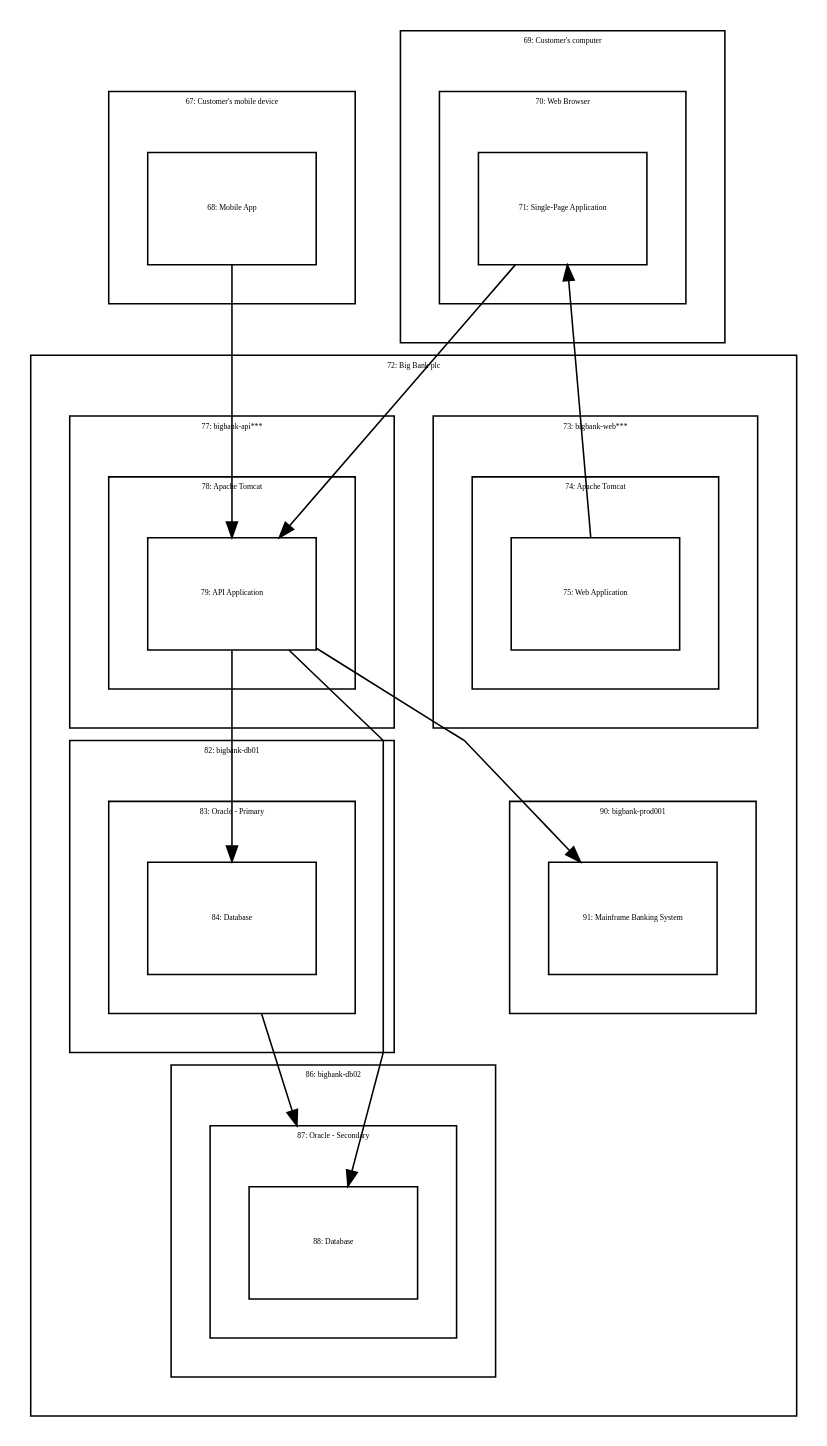
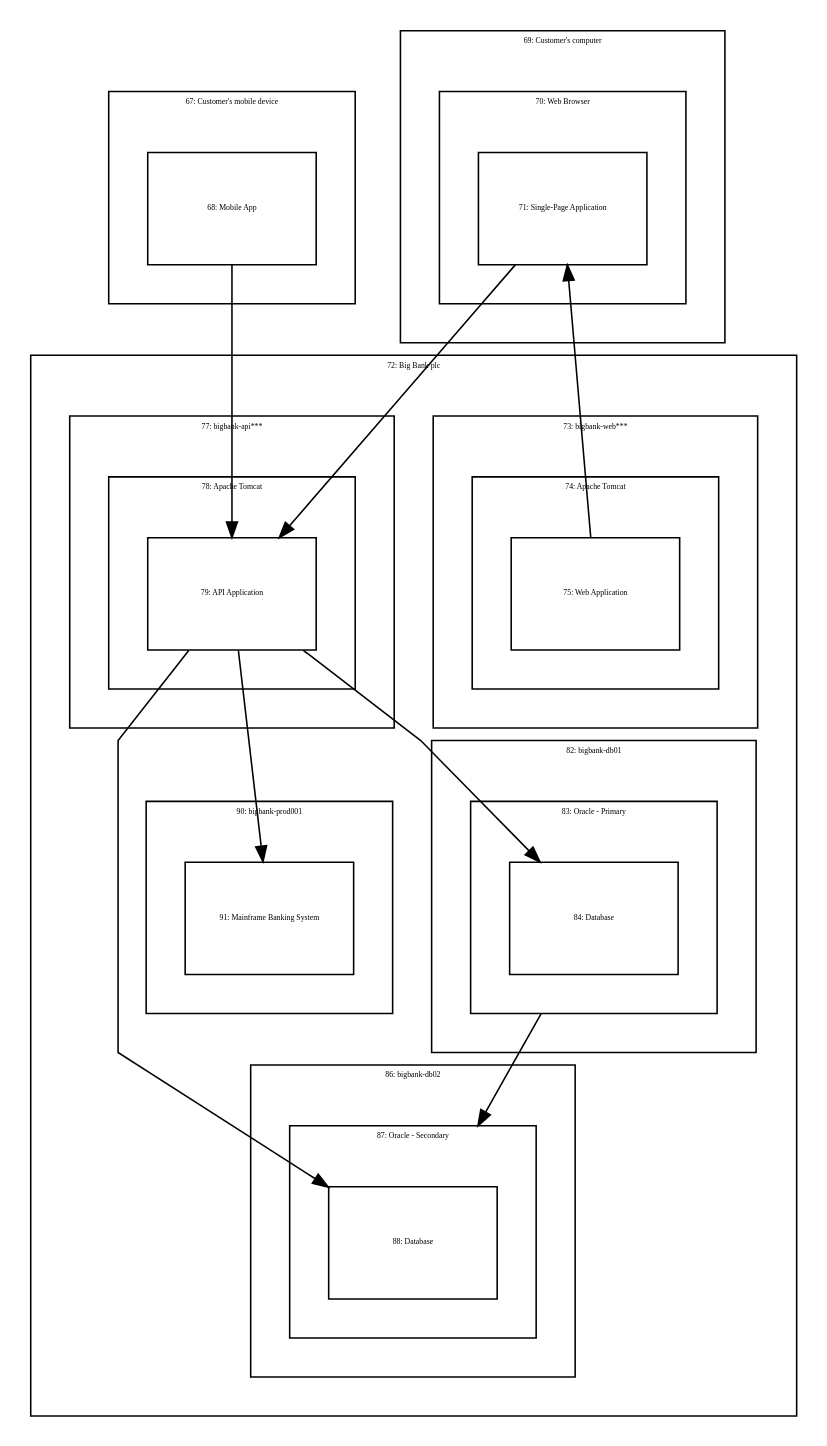
One commit to dwhelan/c4-big-bank-plc changed the diagram in graphviz/LiveDeployment.dot. Above: the diagram before and after it, drawn with Graphviz. The commit also changed 15 other files, not shown here.

```diff
--- a/graphviz/LiveDeployment.dot
+++ b/graphviz/LiveDeployment.dot
@@ -1,74 +1,74 @@
 digraph {
   compound=true
   graph [splines=polyline,rankdir=TB,ranksep=1.0,nodesep=1.0,fontsize=5]
   node [shape=box,fontsize=5]
   edge []
 
 subgraph cluster_67 {
   margin=25
   label="67: Customer's mobile device"
   68 [width=1.500000,height=1.000000,fixedsize=true,id=68,label="68: Mobile App"]
 }
 subgraph cluster_69 {
   margin=25
   label="69: Customer's computer"
   subgraph cluster_70 {
     margin=25
     label="70: Web Browser"
     71 [width=1.500000,height=1.000000,fixedsize=true,id=71,label="71: Single-Page Application"]
   }
 }
 subgraph cluster_72 {
   margin=25
   label="72: Big Bank plc"
+  subgraph cluster_86 {
+    margin=25
+    label="86: bigbank-db02"
+    subgraph cluster_87 {
+      margin=25
+      label="87: Oracle - Secondary"
+      88 [width=1.500000,height=1.000000,fixedsize=true,id=88,label="88: Database"]
+    }
+  }
   subgraph cluster_77 {
     margin=25
     label="77: bigbank-api***"
     subgraph cluster_78 {
       margin=25
       label="78: Apache Tomcat"
       79 [width=1.500000,height=1.000000,fixedsize=true,id=79,label="79: API Application"]
     }
   }
+  subgraph cluster_90 {
+    margin=25
+    label="90: bigbank-prod001"
+    91 [width=1.500000,height=1.000000,fixedsize=true,id=91,label="91: Mainframe Banking System"]
+  }
   subgraph cluster_82 {
     margin=25
     label="82: bigbank-db01"
     subgraph cluster_83 {
       margin=25
       label="83: Oracle - Primary"
       84 [width=1.500000,height=1.000000,fixedsize=true,id=84,label="84: Database"]
     }
-  }
-  subgraph cluster_86 {
-    margin=25
-    label="86: bigbank-db02"
-    subgraph cluster_87 {
-      margin=25
-      label="87: Oracle - Secondary"
-      88 [width=1.500000,height=1.000000,fixedsize=true,id=88,label="88: Database"]
-    }
-  }
-  subgraph cluster_90 {
-    margin=25
-    label="90: bigbank-prod001"
-    91 [width=1.500000,height=1.000000,fixedsize=true,id=91,label="91: Mainframe Banking System"]
   }
   subgraph cluster_73 {
     margin=25
     label="73: bigbank-web***"
     subgraph cluster_74 {
       margin=25
       label="74: Apache Tomcat"
       75 [width=1.500000,height=1.000000,fixedsize=true,id=75,label="75: Web Application"]
     }
   }
 }
 
   84 -> 88 [id=93,ltail=cluster_83,lhead=cluster_87]
-  68 -> 79 [id=80]
+  71 -> 79 [id=80]
   79 -> 91 [id=92]
-  71 -> 79 [id=81]
+  68 -> 79 [id=81]
   75 -> 71 [id=76]
   79 -> 84 [id=85]
   79 -> 88 [id=89]
 }
```
